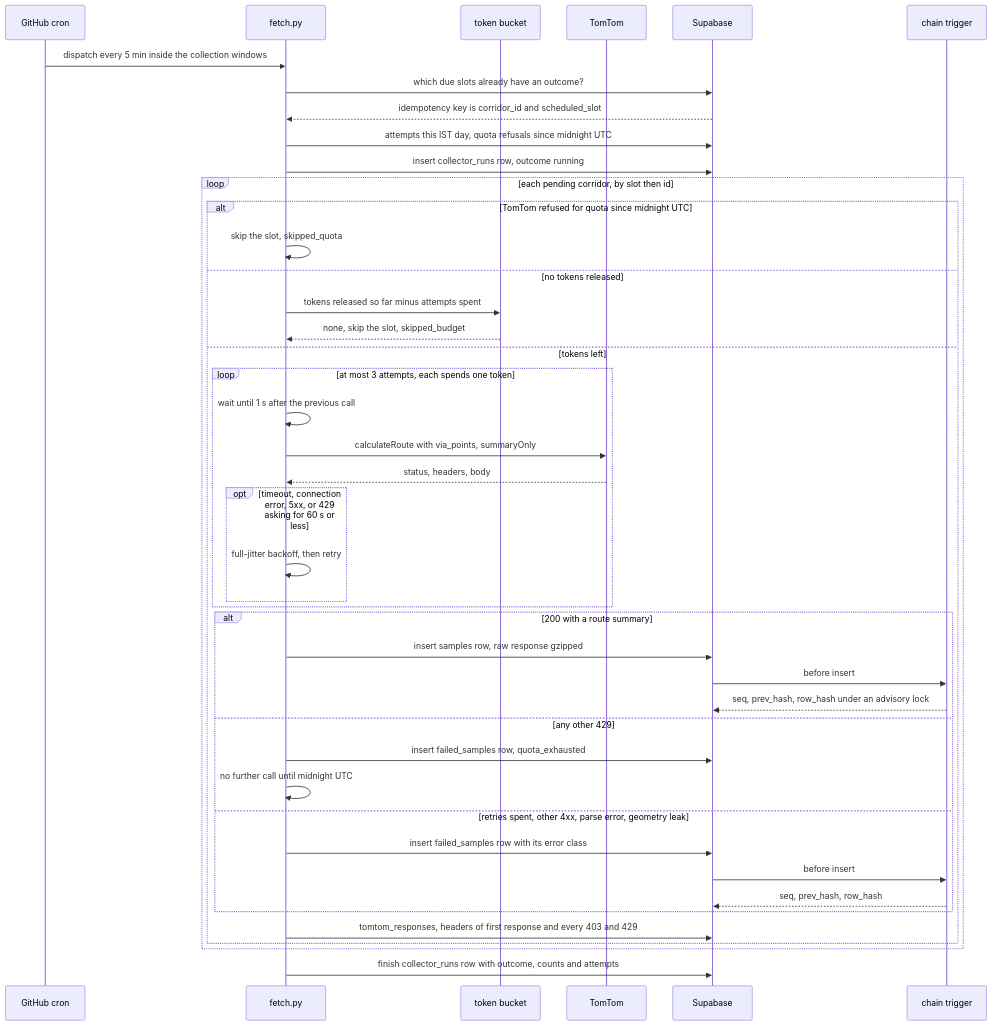
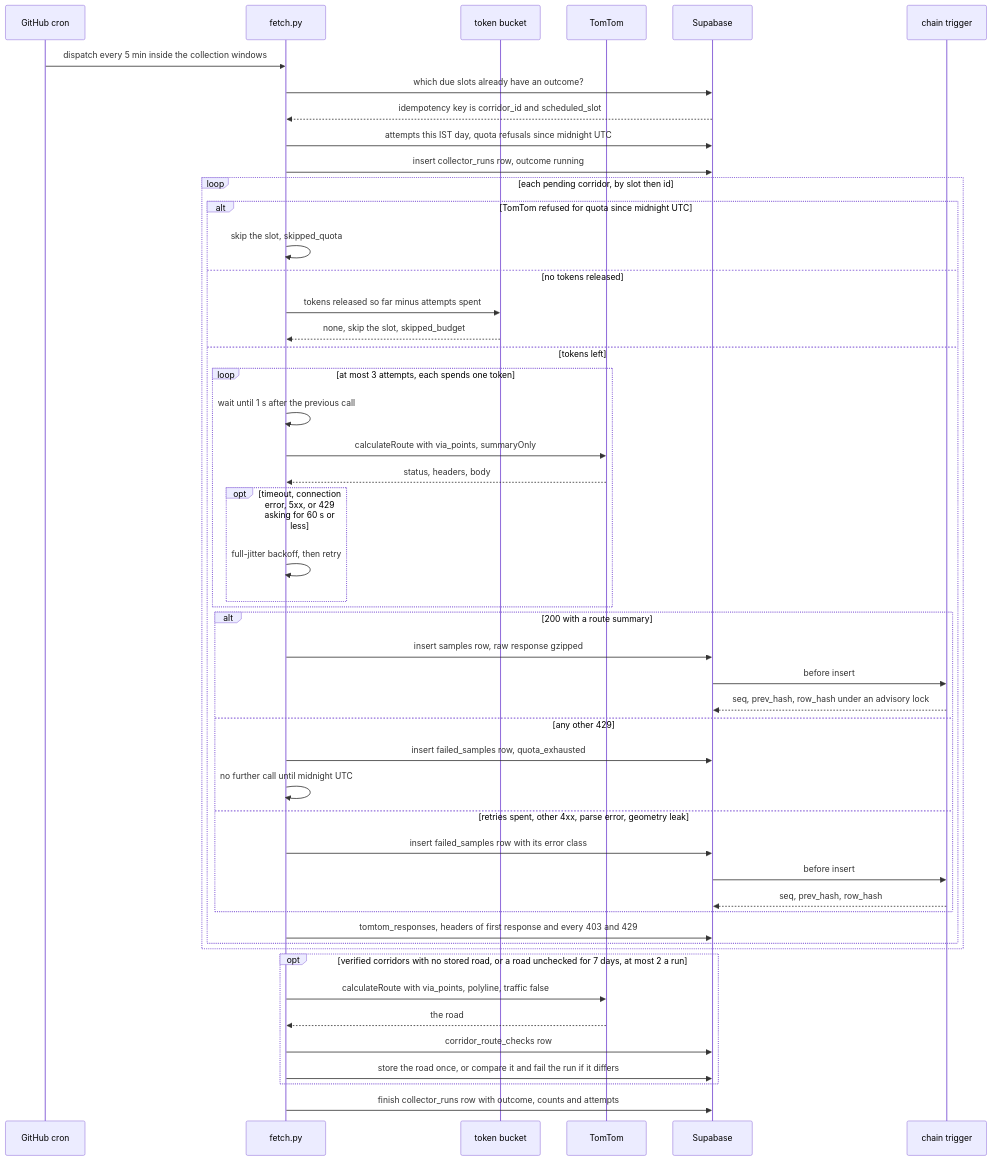
Before and after one commit to smatt92/hyderabad-corridor-ledger: the second of 13 diagrams in docs/architecture.md, drawn with Mermaid. The commit also changed other lines of this file and 1 other file, not shown here.

First line of the commit message:
Describe stored roads, basemap modes and the evidence for both in the docs

````diff
--- a/docs/architecture.md
+++ b/docs/architecture.md
@@ -85,45 +85,51 @@
 ```mermaid
 sequenceDiagram
     participant Cron as GitHub cron
     participant F as fetch.py
     participant B as token bucket
     participant T as TomTom
     participant DB as Supabase
     participant Tr as chain trigger
     Cron->>F: dispatch every 5 min inside the collection windows
     F->>DB: which due slots already have an outcome?
     DB-->>F: idempotency key is corridor_id and scheduled_slot
     F->>DB: attempts this IST day, quota refusals since midnight UTC
     F->>DB: insert collector_runs row, outcome running
     loop each pending corridor, by slot then id
         alt TomTom refused for quota since midnight UTC
             F->>F: skip the slot, skipped_quota
         else no tokens released
             F->>B: tokens released so far minus attempts spent
             B-->>F: none, skip the slot, skipped_budget
         else tokens left
             loop at most 3 attempts, each spends one token
                 F->>F: wait until 1 s after the previous call
                 F->>T: calculateRoute with via_points, summaryOnly
                 T-->>F: status, headers, body
                 opt timeout, connection error, 5xx, or 429 asking for 60 s or less
                     F->>F: full-jitter backoff, then retry
                 end
             end
             alt 200 with a route summary
                 F->>DB: insert samples row, raw response gzipped
                 DB->>Tr: before insert
                 Tr-->>DB: seq, prev_hash, row_hash under an advisory lock
             else any other 429
                 F->>DB: insert failed_samples row, quota_exhausted
                 F->>F: no further call until midnight UTC
             else retries spent, other 4xx, parse error, geometry leak
                 F->>DB: insert failed_samples row with its error class
                 DB->>Tr: before insert
                 Tr-->>DB: seq, prev_hash, row_hash
             end
             F->>DB: tomtom_responses, headers of first response and every 403 and 429
         end
     end
+    opt verified corridors with no stored road, or a road unchecked for 7 days, at most 2 a run
+        F->>T: calculateRoute with via_points, polyline, traffic false
+        T-->>F: the road
+        F->>DB: corridor_route_checks row
+        F->>DB: store the road once, or compare it and fail the run if it differs
+    end
     F->>DB: finish collector_runs row with outcome, counts and attempts
 ```
````
